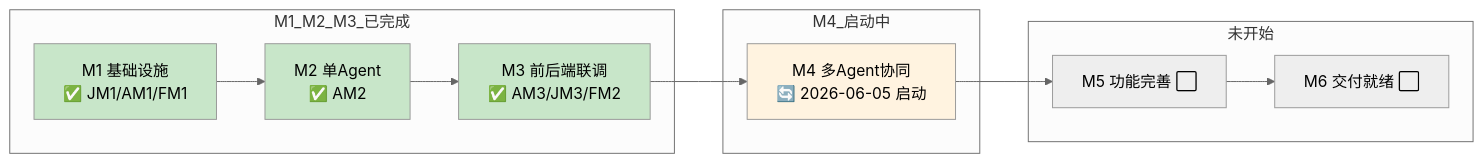
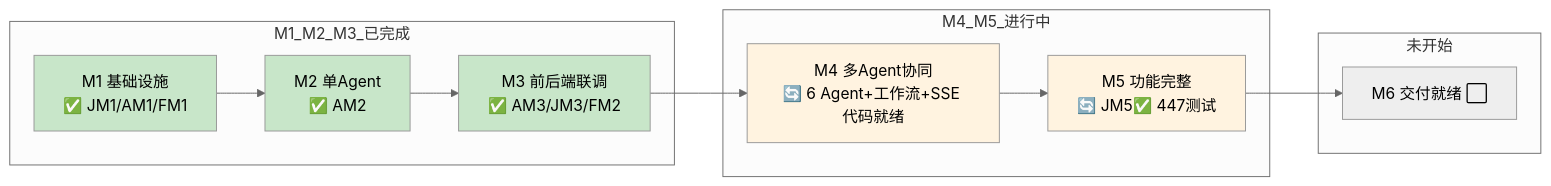
Before and after one commit to Fsu7/Veritas-: the fourth of 6 diagrams in README.md, drawn with Mermaid (neutral theme). The commit also changed other lines of this file and 13 other files, not shown here.

````diff
--- a/README.md
+++ b/README.md
@@ -139,20 +139,21 @@
 ```mermaid
 graph LR
     subgraph M1_M2_M3_已完成
         M1["M1 基础设施<br/>✅ JM1/AM1/FM1"]
         M2["M2 单Agent<br/>✅ AM2"]
         M3["M3 前后端联调<br/>✅ AM3/JM3/FM2"]
     end
-    subgraph M4_启动中
-        M4["M4 多Agent协同<br/>🔄 2026-06-05 启动"]
+    subgraph M4_M5_进行中
+        M4["M4 多Agent协同<br/>🔄 6 Agent+工作流+SSE 代码就绪"]
+        M5["M5 功能完整<br/>🔄 JM5✅ 447测试"]
     end
     subgraph 未开始
-        M5["M5 功能完善 ⬜"]
         M6["M6 交付就绪 ⬜"]
     end
     M1 --> M2 --> M3 --> M4 --> M5 --> M6
     style M1 fill:#c8e6c9
     style M2 fill:#c8e6c9
     style M3 fill:#c8e6c9
     style M4 fill:#fff3e0
+    style M5 fill:#fff3e0
 ```
````
